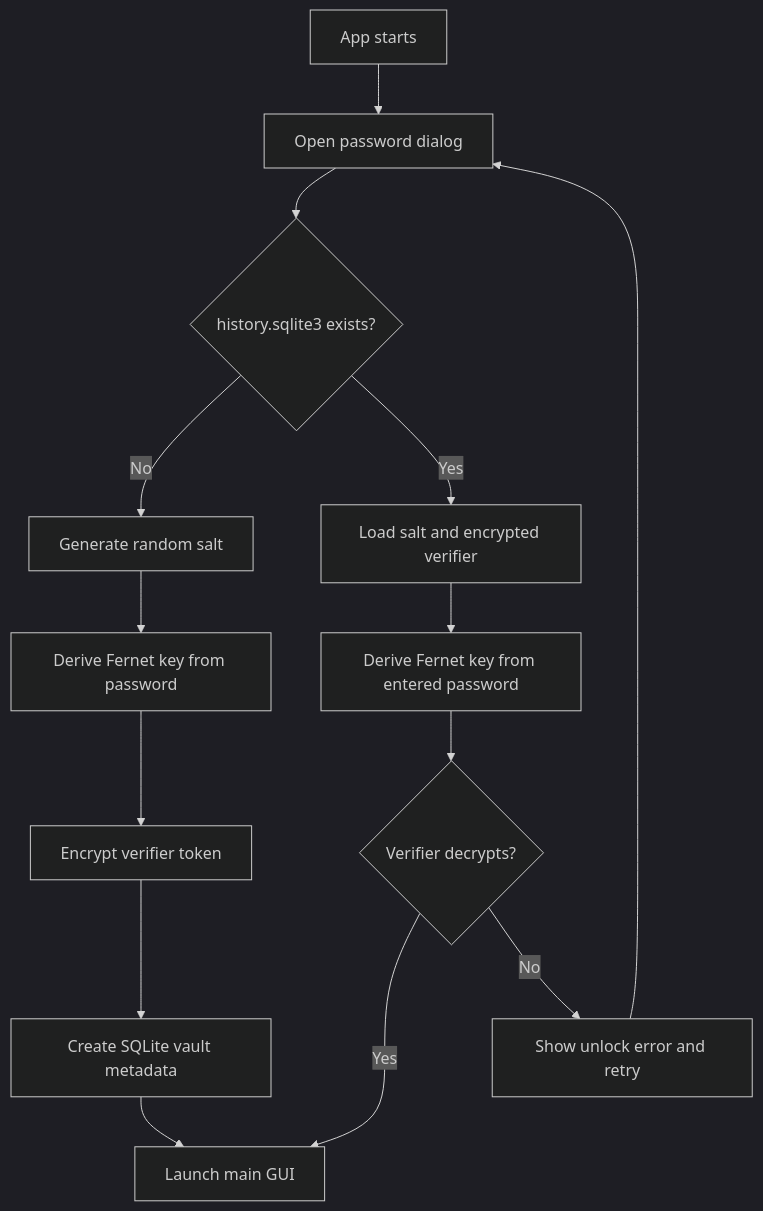
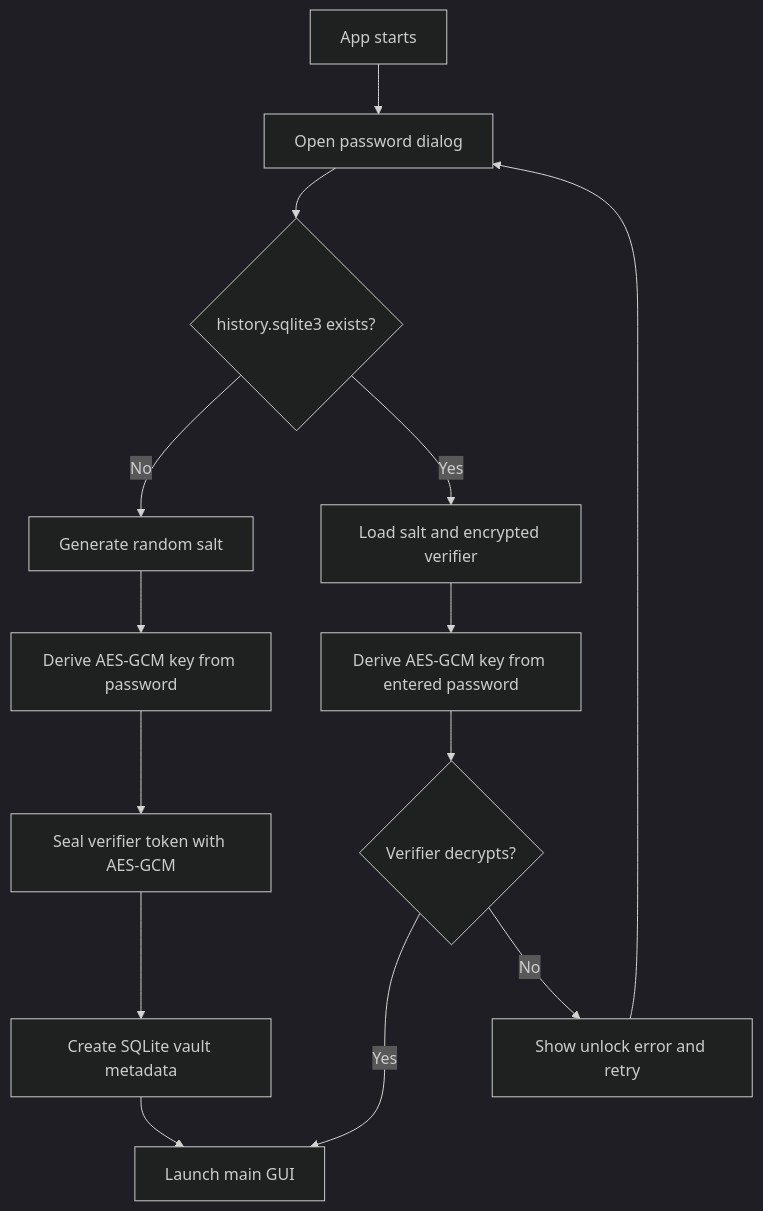
The third of 5 diagrams in README.md (ornab74/twitchaudio), drawn with Mermaid (dark theme) before and after one commit. The commit also changed other lines of this file, not shown here.

````diff
--- a/README.md
+++ b/README.md
@@ -101,16 +101,16 @@
 ```mermaid
 flowchart TD
     Start["App starts"] --> Gate["Open password dialog"]
     Gate --> FirstRun{"history.sqlite3 exists?"}
     FirstRun -- "No" --> CreateSalt["Generate random salt"]
-    CreateSalt --> DeriveNew["Derive Fernet key from password"]
-    DeriveNew --> SaveVerifier["Encrypt verifier token"]
+    CreateSalt --> DeriveNew["Derive AES-GCM key from password"]
+    DeriveNew --> SaveVerifier["Seal verifier token with AES-GCM"]
     SaveVerifier --> NewVault["Create SQLite vault metadata"]
     NewVault --> Launch["Launch main GUI"]
     FirstRun -- "Yes" --> LoadSalt["Load salt and encrypted verifier"]
-    LoadSalt --> DeriveExisting["Derive Fernet key from entered password"]
+    LoadSalt --> DeriveExisting["Derive AES-GCM key from entered password"]
     DeriveExisting --> Verify{"Verifier decrypts?"}
     Verify -- "Yes" --> Launch
     Verify -- "No" --> Retry["Show unlock error and retry"]
     Retry --> Gate
 ```
````
